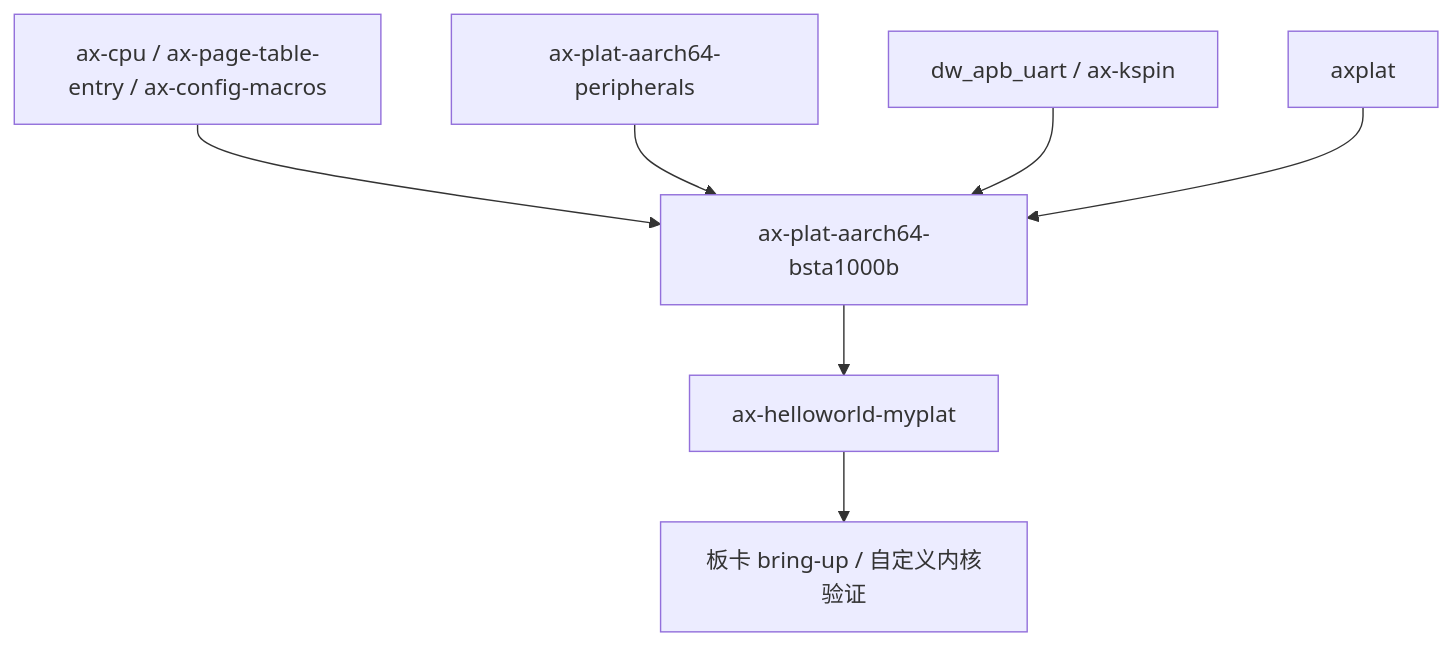
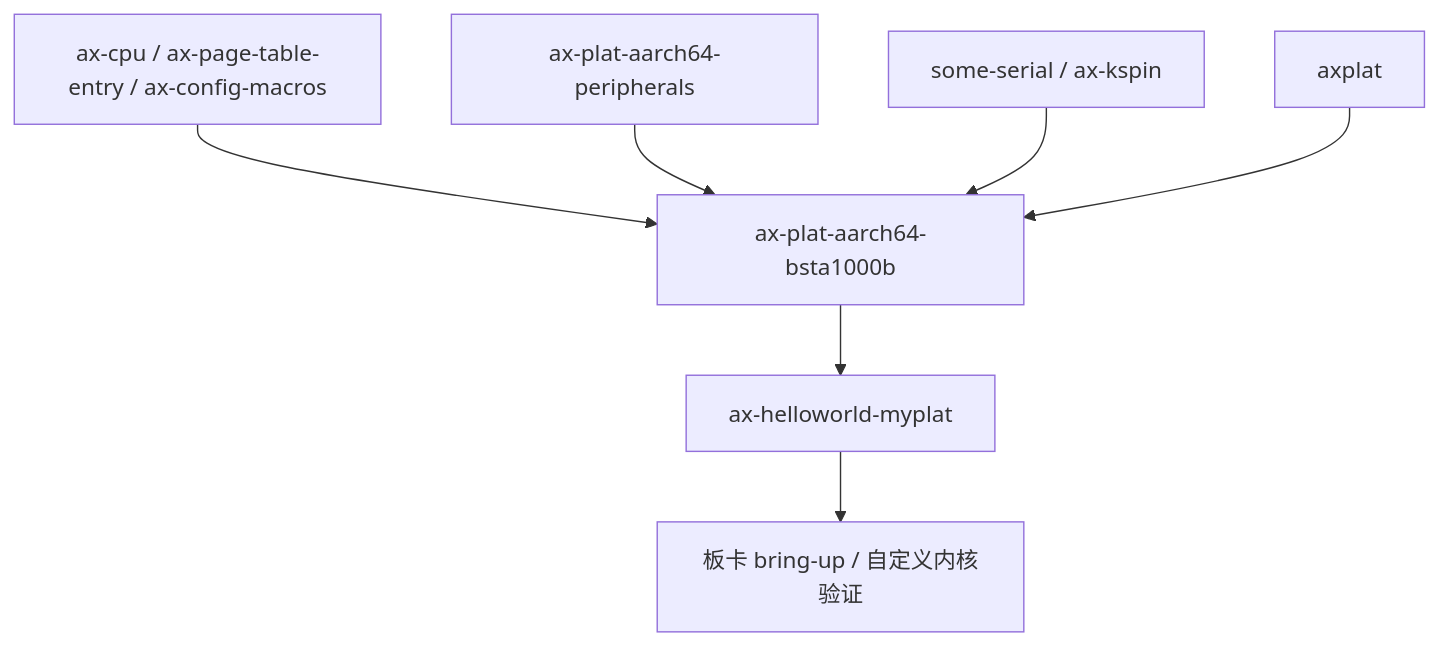
One commit to rcore-os/tgoskits changed the second of 2 diagrams in docs/docs/components/crates/ax-plat-aarch64-bsta1000b.md. Above: the diagram before and after it, drawn with Mermaid. The commit also changed other lines of this file and 58 other files, not shown here.

First line of the commit message:
Remove ARM PL011 UART driver and integrate DesignWare APB UART support

````diff
--- a/docs/docs/components/crates/ax-plat-aarch64-bsta1000b.md
+++ b/docs/docs/components/crates/ax-plat-aarch64-bsta1000b.md
@@ -161,9 +161,9 @@
 ```mermaid
 graph TD
     A[ax-cpu / ax-page-table-entry / ax-config-macros] --> B[ax-plat-aarch64-bsta1000b]
     C[ax-plat-aarch64-peripherals] --> B
-    D[dw_apb_uart / ax-kspin] --> B
+    D[some-serial / ax-kspin] --> B
     E[axplat] --> B
     B --> F[ax-helloworld-myplat]
     F --> G[板卡 bring-up / 自定义内核验证]
 ```
````
